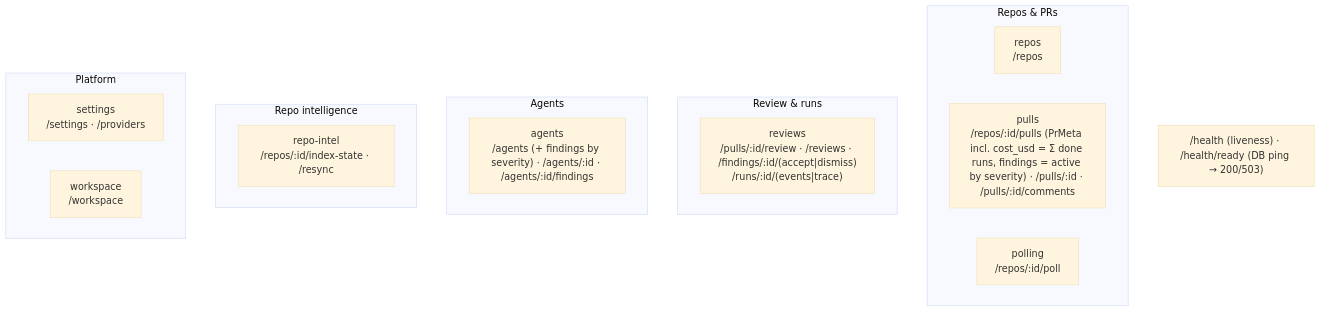
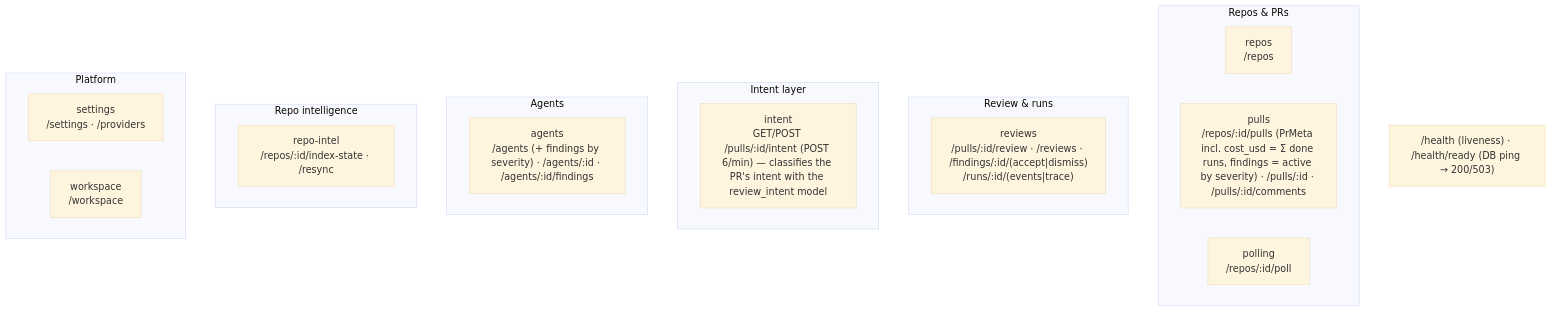
The second of 2 diagrams in server/README.md (IvanBlinov/dev-digest), drawn with Mermaid (base theme) before and after one commit. The commit also changed other lines of this file and 79 other files, not shown here.

First line of the commit message:
feat(intent): L03 intent layer — PR intent classifier and scope-aware review

````diff
--- a/server/README.md
+++ b/server/README.md
@@ -64,22 +64,25 @@
 ```mermaid
 flowchart TB
   subgraph Repos_PRs["Repos & PRs"]
     repos["repos<br/>/repos"]
     pulls["pulls<br/>/repos/:id/pulls (PrMeta incl. cost_usd = Σ done runs, findings = active by severity) · /pulls/:id · /pulls/:id/comments"]
     polling["polling<br/>/repos/:id/poll"]
   end
   subgraph Review["Review & runs"]
     reviews["reviews<br/>/pulls/:id/review · /reviews · /findings/:id/(accept|dismiss)<br/>/runs/:id/(events|trace)"]
+  end
+  subgraph IntentLayer["Intent layer"]
+    intent["intent<br/>GET/POST /pulls/:id/intent (POST 6/min) — classifies the PR's intent with the review_intent model"]
   end
   subgraph Agents["Agents"]
     agents["agents<br/>/agents (+ findings by severity) · /agents/:id · /agents/:id/findings"]
   end
   subgraph Intel["Repo intelligence"]
     repoIntel["repo-intel<br/>/repos/:id/index-state · /resync"]
   end
   subgraph Platform["Platform"]
     settings["settings<br/>/settings · /providers"]
     workspace["workspace<br/>/workspace"]
   end
   HEALTH["/health (liveness) · /health/ready (DB ping → 200/503)"]
 ```
````
